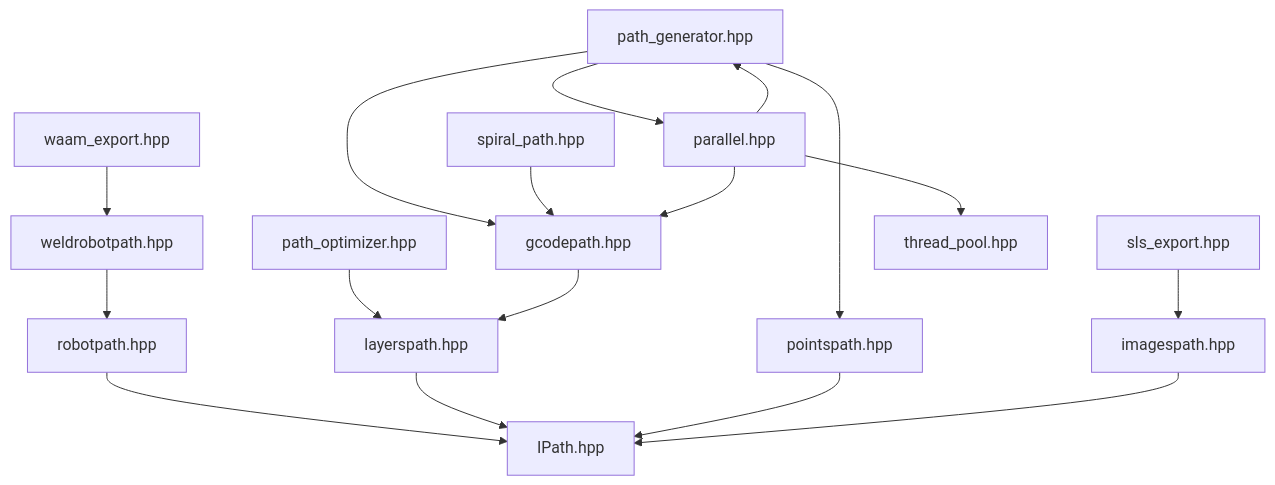
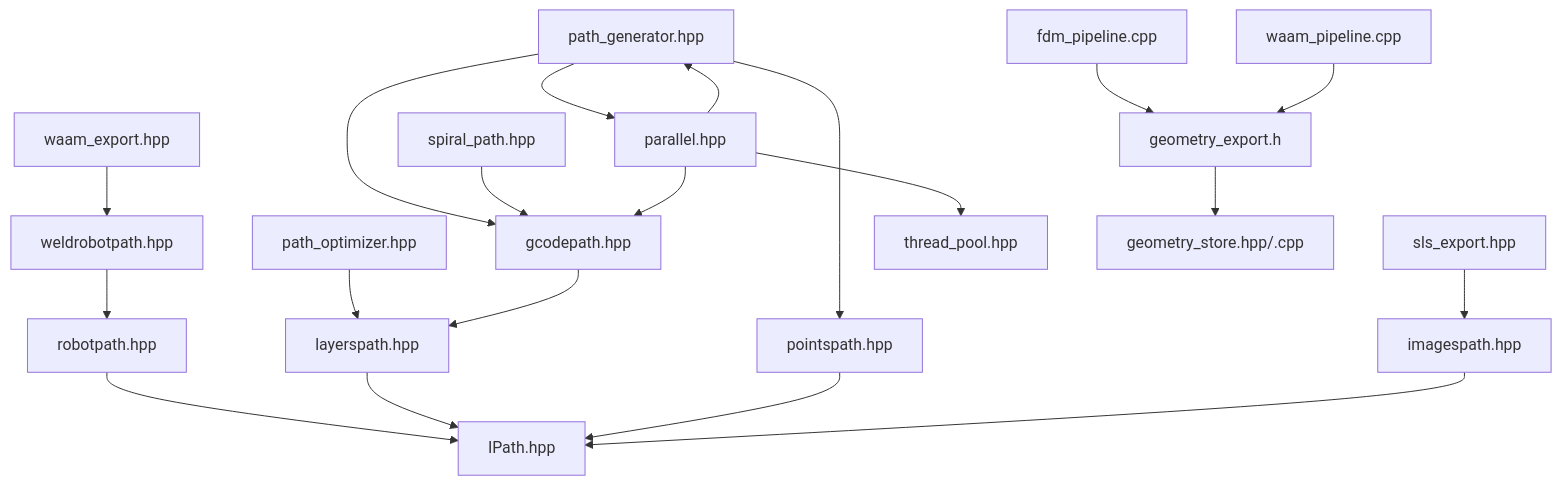
One commit to hsmbanlance/HsBaSlicer changed diagram 15 of 15 in .qoder/repowiki/en/content/Core Modules/Path Generation (paths_, LibHsBaSlicer_Path_)/Path Generation (paths_, LibHsBaSlicer_Path_).md. Above: the diagram before and after it, drawn with Mermaid. The commit also changed other lines of this file and 101 other files, not shown here.

````diff
--- a/.qoder/repowiki/en/content/Core Modules/Path Generation (paths_, LibHsBaSlicer_Path_)/Path Generation (paths_, LibHsBaSlicer_Path_).md
+++ b/.qoder/repowiki/en/content/Core Modules/Path Generation (paths_, LibHsBaSlicer_Path_)/Path Generation (paths_, LibHsBaSlicer_Path_).md
@@ -628,19 +761,22 @@
 ```mermaid
 graph TB
 PG["path_generator.hpp"] --> GP["gcodepath.hpp"]
 PG --> PP["pointspath.hpp"]
 PG --> PH["parallel.hpp"]
 PO["path_optimizer.hpp"] --> LP["layerspath.hpp"]
 SP["spiral_path.hpp"] --> GP
 WAE["waam_export.hpp"] --> WRP["weldrobotpath.hpp"]
 SLSE["sls_export.hpp"] --> IMP["imagespath.hpp"]
 GP --> LP
 WRP --> RP["robotpath.hpp"]
 RP --> IP["IPath.hpp"]
 LP --> IP
 PP --> IP
 IMP --> IP
 PH --> TPH["thread_pool.hpp"]
 PH --> PG
 PH --> GP
+GE["geometry_export.h"] --> GS["geometry_store.hpp/.cpp"]
+FP["fdm_pipeline.cpp"] --> GE
+WP["waam_pipeline.cpp"] --> GE
 ```
````
